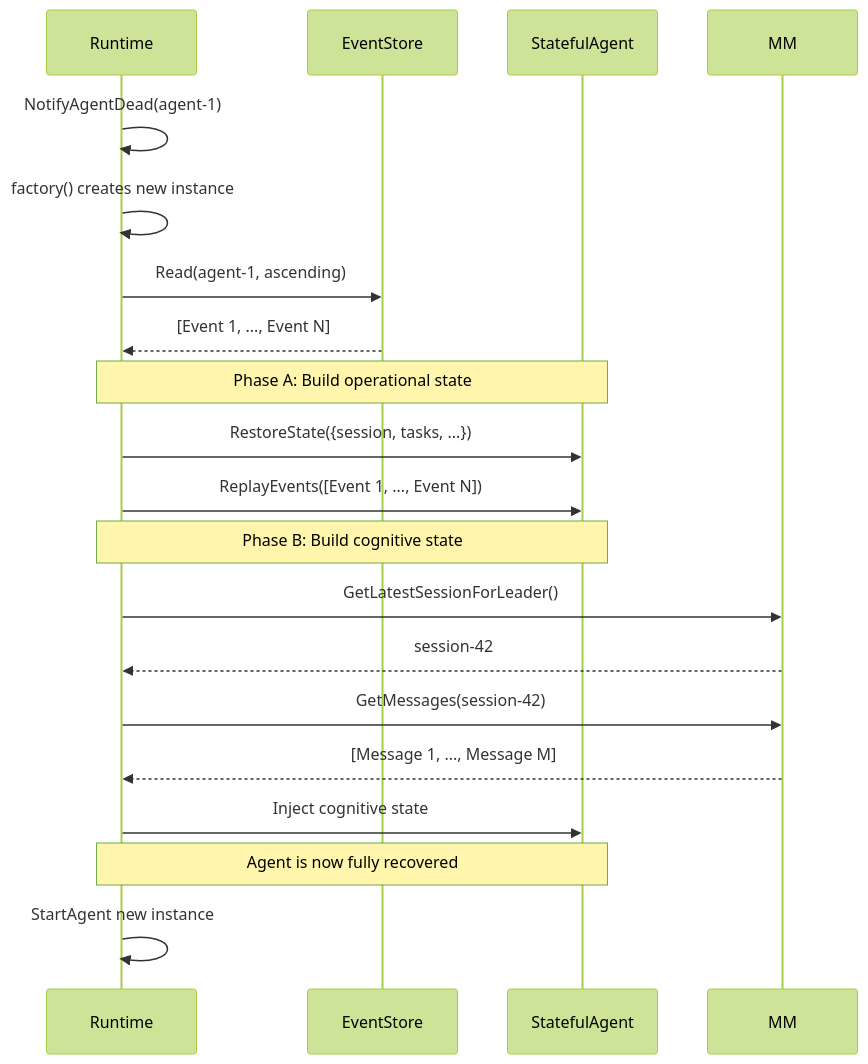
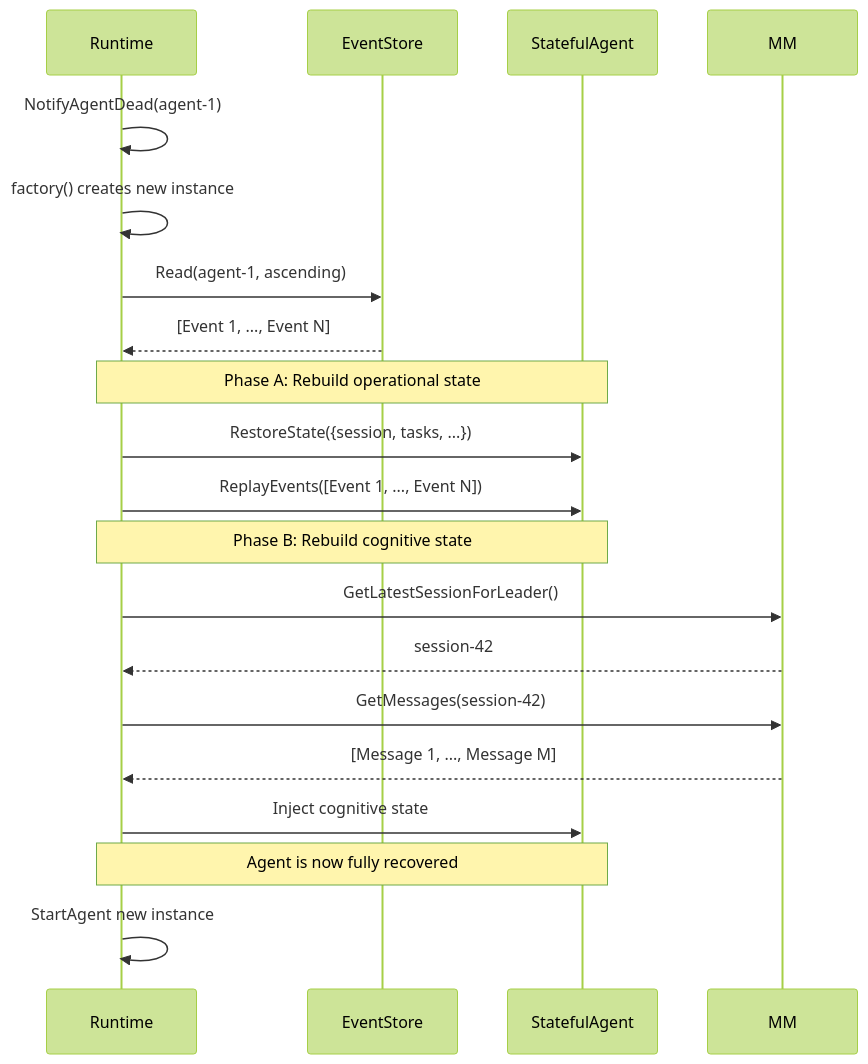
One commit to Timwood0x10/ARES changed the fifth of 6 diagrams in docs/articles/en/event-system-deep-dive.md. Above: the diagram before and after it, drawn with Mermaid (forest theme). The commit also changed other lines of this file and 22 other files, not shown here.

````diff
--- a/docs/articles/en/event-system-deep-dive.md
+++ b/docs/articles/en/event-system-deep-dive.md
@@ -499,27 +315,27 @@
 ```mermaid
 sequenceDiagram
     participant RT as Runtime
     participant ES as EventStore
     participant SA as StatefulAgent
 
     RT->>RT: NotifyAgentDead(agent-1)
     RT->>RT: factory() creates new instance
     RT->>ES: Read(agent-1, ascending)
     ES-->>RT: [Event 1, ..., Event N]
 
-    Note over RT,SA: Phase A: Build operational state
+    Note over RT,SA: Phase A: Rebuild operational state
 
     RT->>SA: RestoreState({session, tasks, ...})
     RT->>SA: ReplayEvents([Event 1, ..., Event N])
 
-    Note over RT,SA: Phase B: Build cognitive state
+    Note over RT,SA: Phase B: Rebuild cognitive state
 
     RT->>MM: GetLatestSessionForLeader()
     MM-->>RT: session-42
     RT->>MM: GetMessages(session-42)
     MM-->>RT: [Message 1, ..., Message M]
     RT->>SA: Inject cognitive state
 
     Note over RT,SA: Agent is now fully recovered
     RT->>RT: StartAgent new instance
 ```
````
